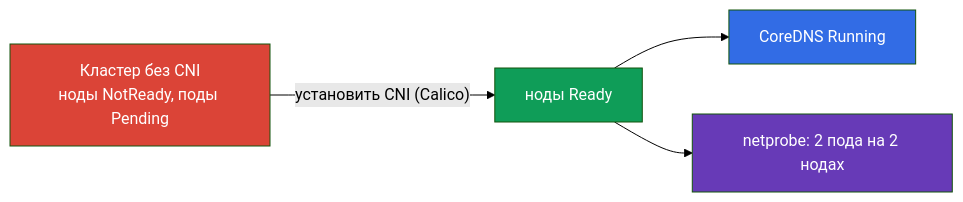
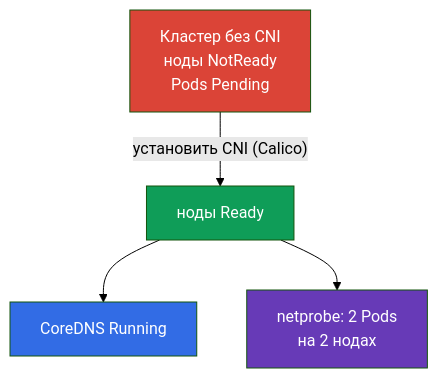
The diagram in tasks/cka/labs/123/README_RU.MD (ViktorUJ/cks), drawn with Mermaid (forest theme) before and after one commit. The commit also changed other lines of this file and 36 other files, not shown here.

````diff
--- a/tasks/cka/labs/123/README_RU.MD
+++ b/tasks/cka/labs/123/README_RU.MD
@@ -30,10 +37,10 @@
 ```mermaid
-flowchart LR
-    a["Кластер без CNI<br>ноды NotReady, поды Pending"] -->|"установить CNI (Calico)"| b["ноды Ready"]
+flowchart TB
+    a["Кластер без CNI<br>ноды NotReady<br>Pods Pending"] -->|"установить CNI (Calico)"| b["ноды Ready"]
     b --> c["CoreDNS Running"]
-    b --> d["netprobe: 2 пода на 2 нодах"]
+    b --> d["netprobe: 2 Pods<br>на 2 нодах"]
     style a fill:#db4437,color:#fff
     style b fill:#0f9d58,color:#fff
     style c fill:#326ce5,color:#fff
     style d fill:#673ab7,color:#fff
 ```
````
